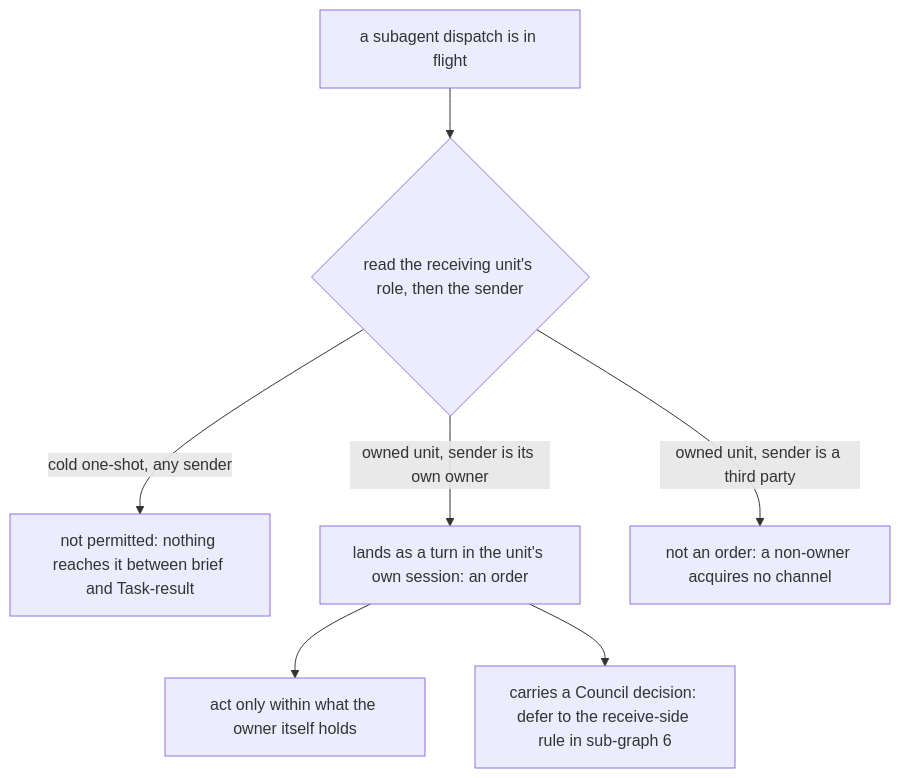
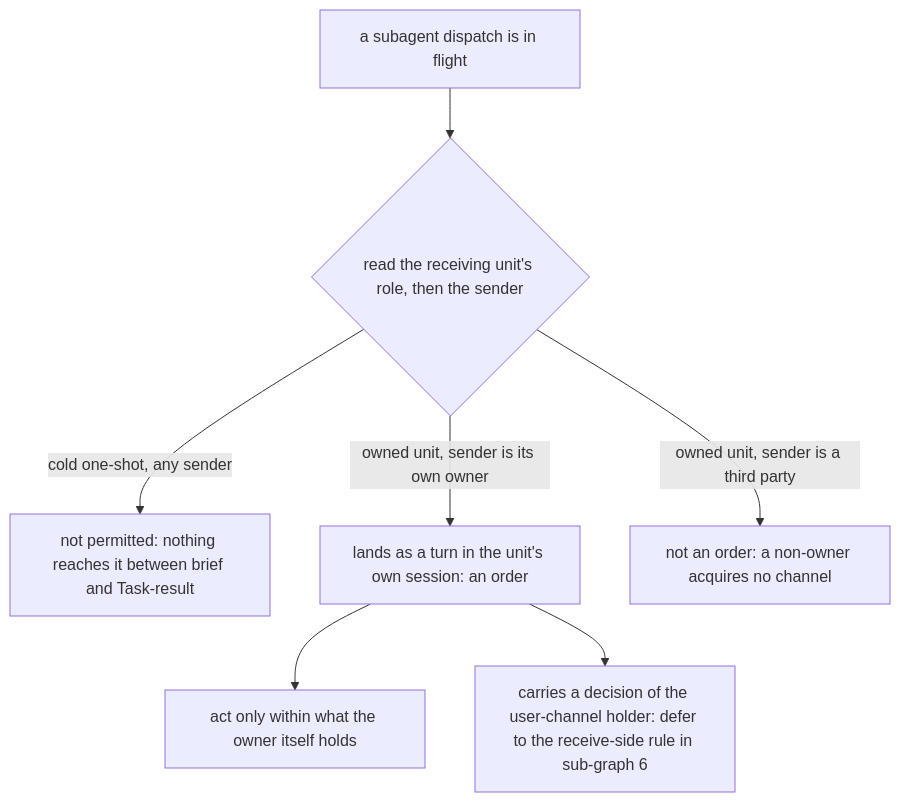
Before and after one commit to cyberuni/cyberlegion: the fourth of 8 diagrams in .agents/specs/cyberlegion-plugin/dispatch/README.md, drawn with Mermaid. The commit also changed other lines of this file and 14 other files, not shown here.

````diff
--- a/.agents/specs/cyberlegion-plugin/dispatch/README.md
+++ b/.agents/specs/cyberlegion-plugin/dispatch/README.md
@@ -238,9 +238,9 @@
 ```mermaid
 graph TD
   INFLIGHT[a subagent dispatch is in flight] --> WHO{read the receiving unit's role, then the sender}
   WHO -->|cold one-shot, any sender| BANNED[not permitted: nothing reaches it between brief and Task-result]
   WHO -->|owned unit, sender is its own owner| ORDER[lands as a turn in the unit's own session: an order]
   WHO -->|owned unit, sender is a third party| NOTORDER[not an order: a non-owner acquires no channel]
   ORDER --> ATTEN[act only within what the owner itself holds]
-  ORDER --> DEFER[carries a Council decision: defer to the receive-side rule in sub-graph 6]
+  ORDER --> DEFER[carries a decision of the user-channel holder: defer to the receive-side rule in sub-graph 6]
 ```
````
